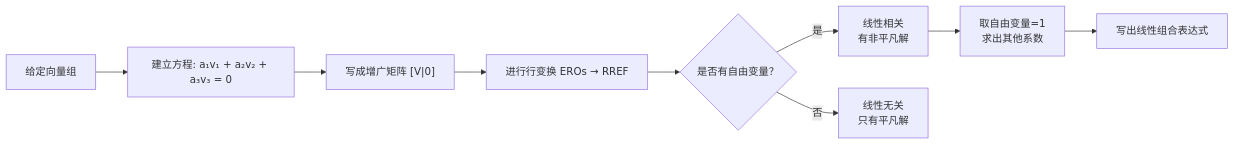
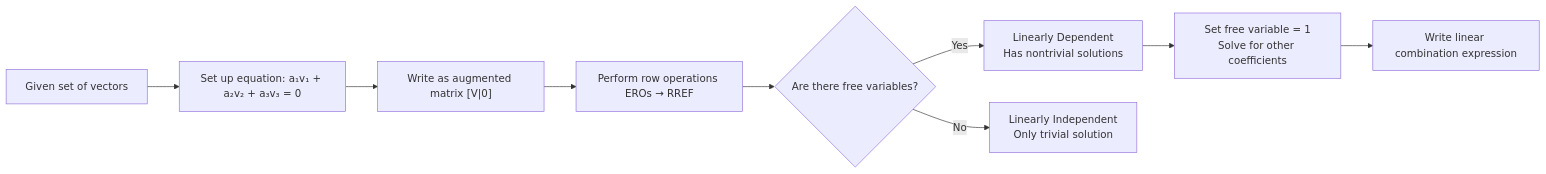
The second of 3 diagrams in content/en/posts/math-2010/exam-3/index.md (JamesFlare1212/FlareBlog), drawn with Mermaid before and after one commit. The commit also changed other lines of this file and 1 other file, not shown here.

````diff
--- a/content/en/posts/math-2010/exam-3/index.md
+++ b/content/en/posts/math-2010/exam-3/index.md
@@ -770,11 +770,11 @@
 ```mermaid
 flowchart LR
-    A["给定向量组"] --> B["建立方程: a₁v₁ + a₂v₂ + a₃v₃ = 0"]
-    B --> C["写成增广矩阵 [V|0]"]
-    C --> D["进行行变换 EROs → RREF"]
-    D --> E{是否有自由变量？}
-    E -->|是| F["线性相关<br/>有非平凡解"]
-    E -->|否| G["线性无关<br/>只有平凡解"]
-    F --> H["取自由变量=1<br/>求出其他系数"]
-    H --> I["写出线性组合表达式"]
+    A["Given set of vectors"] --> B["Set up equation: a₁v₁ + a₂v₂ + a₃v₃ = 0"]
+    B --> C["Write as augmented matrix [V|0]"]
+    C --> D["Perform row operations EROs → RREF"]
+    D --> E{Are there free variables?}
+    E -->|Yes| F["Linearly Dependent<br/>Has nontrivial solutions"]
+    E -->|No| G["Linearly Independent<br/>Only trivial solution"]
+    F --> H["Set free variable = 1<br/>Solve for other coefficients"]
+    H --> I["Write linear combination expression"]
 ```
````
